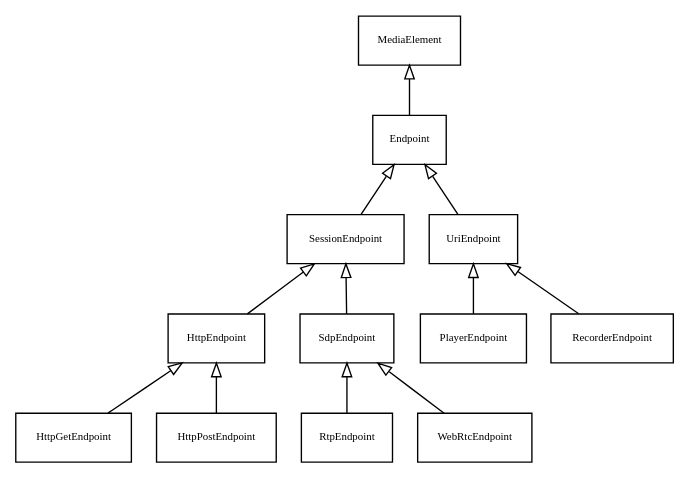
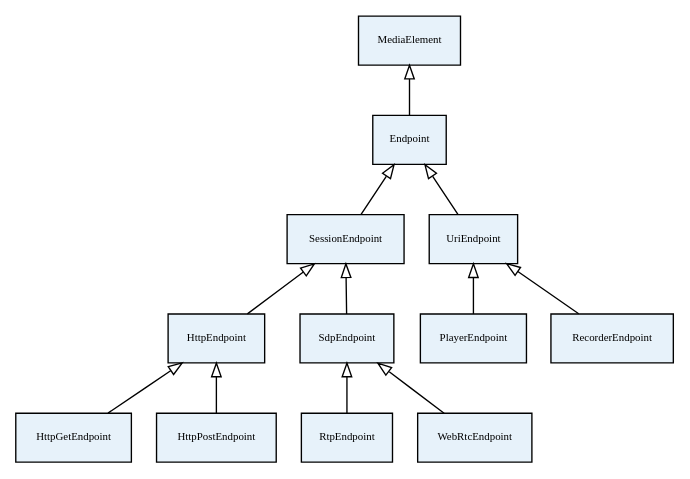
One commit to Kurento/kurento changed the second of 4 diagrams in source/Kurento_API.rst. Above: the diagram before and after it, drawn with Graphviz. The commit also changed other lines of this file and 2 other files, not shown here.

Commit message:
Add UML diagrams to tutorials and improve diagrams of Kurento API section

```diff
--- a/source/Kurento_API.rst
+++ b/source/Kurento_API.rst
@@ -204,35 +206,37 @@
 .. digraph:: Endpoints
    :caption: Class diagram of Endpoints in Kurento API
 
    size="12,8";
    fontname = "Bitstream Vera Sans"
    fontsize = 8
 
    node [
         fontname = "Bitstream Vera Sans"
         fontsize = 8
         shape = "record"
+         style=filled
+        fillcolor = "#E7F2FA"
    ]
 
    edge [
         fontname = "Bitstream Vera Sans"
         fontsize = 8
         arrowtail = "empty"
         dir = back;
    ]
    
    "MediaElement" -> "Endpoint";
    Endpoint -> SessionEndpoint;
    Endpoint -> UriEndpoint;
    
    SessionEndpoint -> HttpEndpoint;
    SessionEndpoint -> SdpEndpoint;
    
    HttpEndpoint -> HttpGetEndpoint;
    HttpEndpoint -> HttpPostEndpoint;
    
    SdpEndpoint -> RtpEndpoint;
    SdpEndpoint -> WebRtcEndpoint;
    
    UriEndpoint -> PlayerEndpoint;
    UriEndpoint -> RecorderEndpoint;
```
